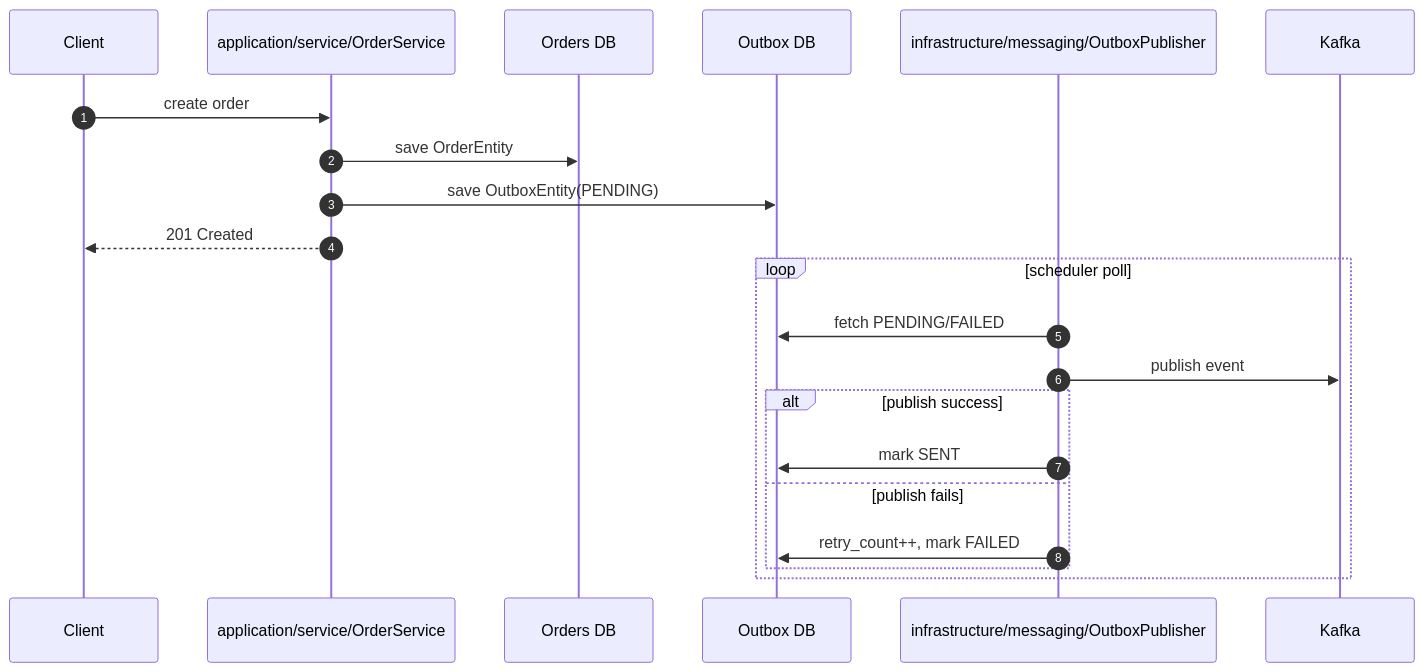
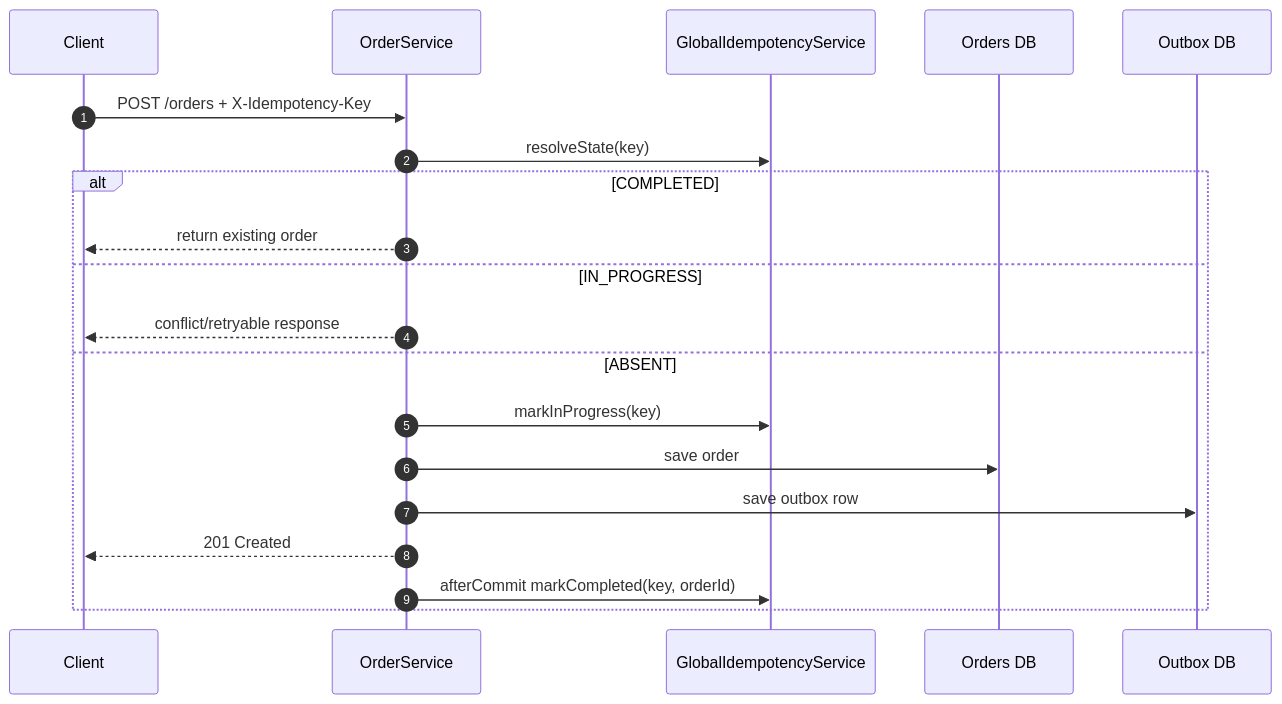
One commit to AbhinavT09/OrderProcessingSystem changed the third of 3 diagrams in docs/index.md. Above: the diagram before and after it, drawn with Mermaid. The commit also changed other lines of this file and 71 other files, not shown here.

Commit message:
idempotency fix using state with idempotency key

````diff
--- a/docs/index.md
+++ b/docs/index.md
@@ -89,25 +87,23 @@
 ```mermaid
 sequenceDiagram
     autonumber
     participant C as Client
-    participant OS as application/service/OrderService
+    participant OS as OrderService
+    participant G as GlobalIdempotencyService
     participant DB as Orders DB
-    participant ODB as Outbox DB
-    participant OP as infrastructure/messaging/OutboxPublisher
-    participant K as Kafka
+    participant O as Outbox DB
 
-    C->>OS: create order
-    OS->>DB: save OrderEntity
-    OS->>ODB: save OutboxEntity(PENDING)
-    OS-->>C: 201 Created
-
-    loop scheduler poll
-      OP->>ODB: fetch PENDING/FAILED
-      OP->>K: publish event
-      alt publish success
-        OP->>ODB: mark SENT
-      else publish fails
-        OP->>ODB: retry_count++, mark FAILED
-      end
+    C->>OS: POST /orders + X-Idempotency-Key
+    OS->>G: resolveState(key)
+    alt COMPLETED
+      OS-->>C: return existing order
+    else IN_PROGRESS
+      OS-->>C: conflict/retryable response
+    else ABSENT
+      OS->>G: markInProgress(key)
+      OS->>DB: save order
+      OS->>O: save outbox row
+      OS-->>C: 201 Created
+      OS->>G: afterCommit markCompleted(key, orderId)
     end
 ```
````
